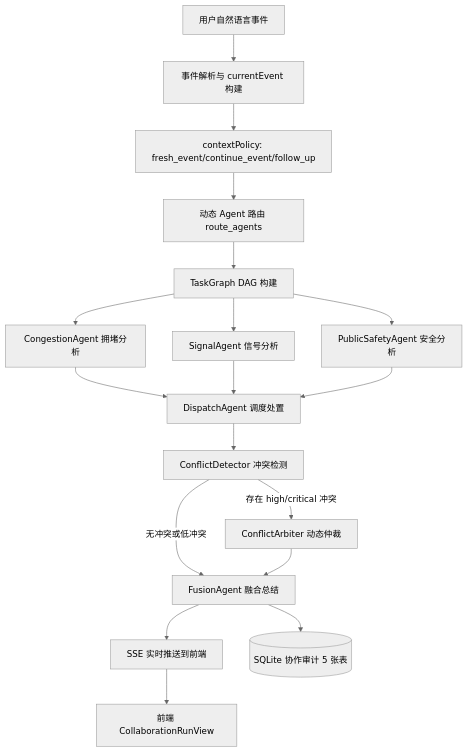
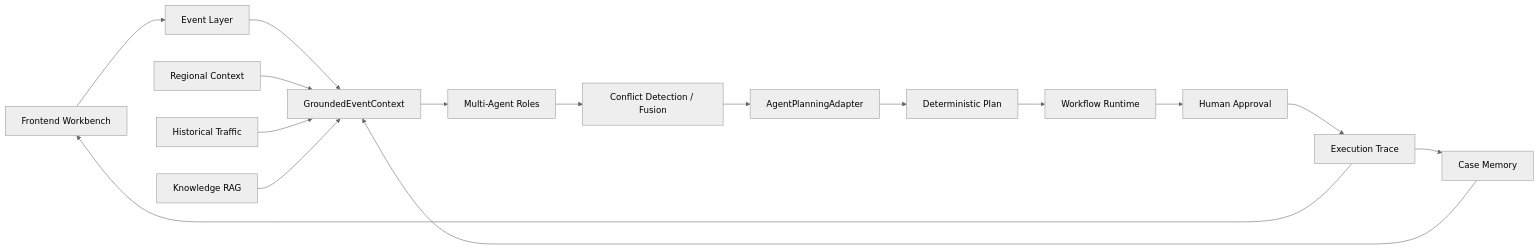
The first of 2 diagrams in README.md (zhaobing433-oss/trafficmind-agent), drawn with Mermaid (neutral theme) before and after one commit. The commit also changed other lines of this file and 7 other files, not shown here.

````diff
--- a/README.md
+++ b/README.md
@@ -264,20 +31,18 @@
 ```mermaid
-flowchart TD
-    U[用户自然语言事件] --> P[事件解析与 currentEvent 构建]
-    P --> CtxP[contextPolicy: fresh_event/continue_event/follow_up]
-    CtxP --> R[动态 Agent 路由 route_agents]
-    R --> G[TaskGraph DAG 构建]
-    G --> A1[CongestionAgent 拥堵分析]
-    G --> A2[SignalAgent 信号分析]
-    G --> A3[PublicSafetyAgent 安全分析]
-    A1 --> D[DispatchAgent 调度处置]
-    A2 --> D
-    A3 --> D
-    D --> CD[ConflictDetector 冲突检测]
-    CD -->|存在 high/critical 冲突| ARB[ConflictArbiter 动态仲裁]
-    CD -->|无冲突或低冲突| F[FusionAgent 融合总结]
-    ARB --> F
-    F --> SSE[SSE 实时推送到前端]
-    F --> DB[(SQLite 协作审计 5 张表)]
-    SSE --> UX[前端 CollaborationRunView]
+flowchart LR
+    FE[Frontend Workbench] --> EVT[Event Layer]
+    EVT --> GEC[GroundedEventContext]
+    REG[Regional Context] --> GEC
+    HIST[Historical Traffic] --> GEC
+    KB[Knowledge RAG] --> GEC
+    CASE[Case Memory] --> GEC
+    GEC --> MA[Multi-Agent Roles]
+    MA --> FUSION[Conflict Detection / Fusion]
+    FUSION --> ADAPTER[AgentPlanningAdapter]
+    ADAPTER --> PLAN[Deterministic Plan]
+    PLAN --> WF[Workflow Runtime]
+    WF --> APPROVAL[Human Approval]
+    APPROVAL --> TRACE[Execution Trace]
+    TRACE --> CASE
+    TRACE --> FE
 ```
````
